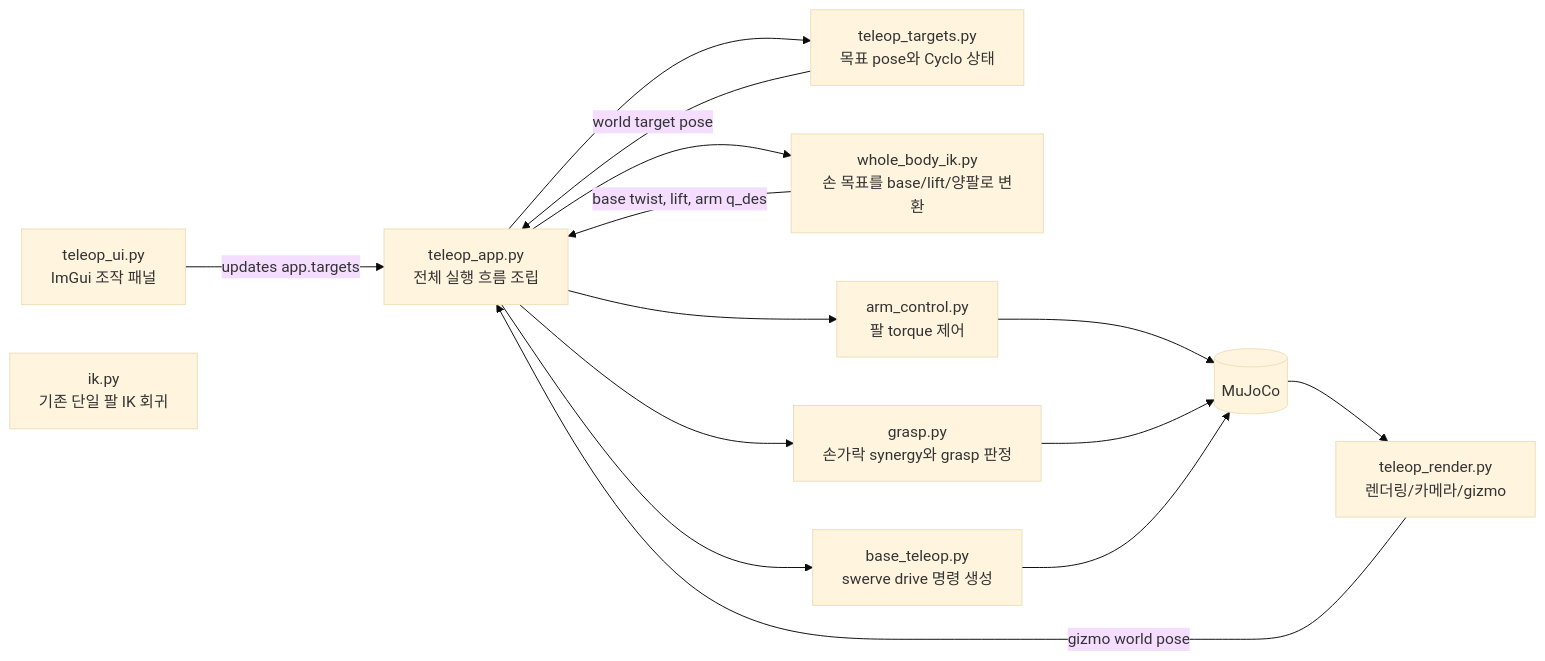
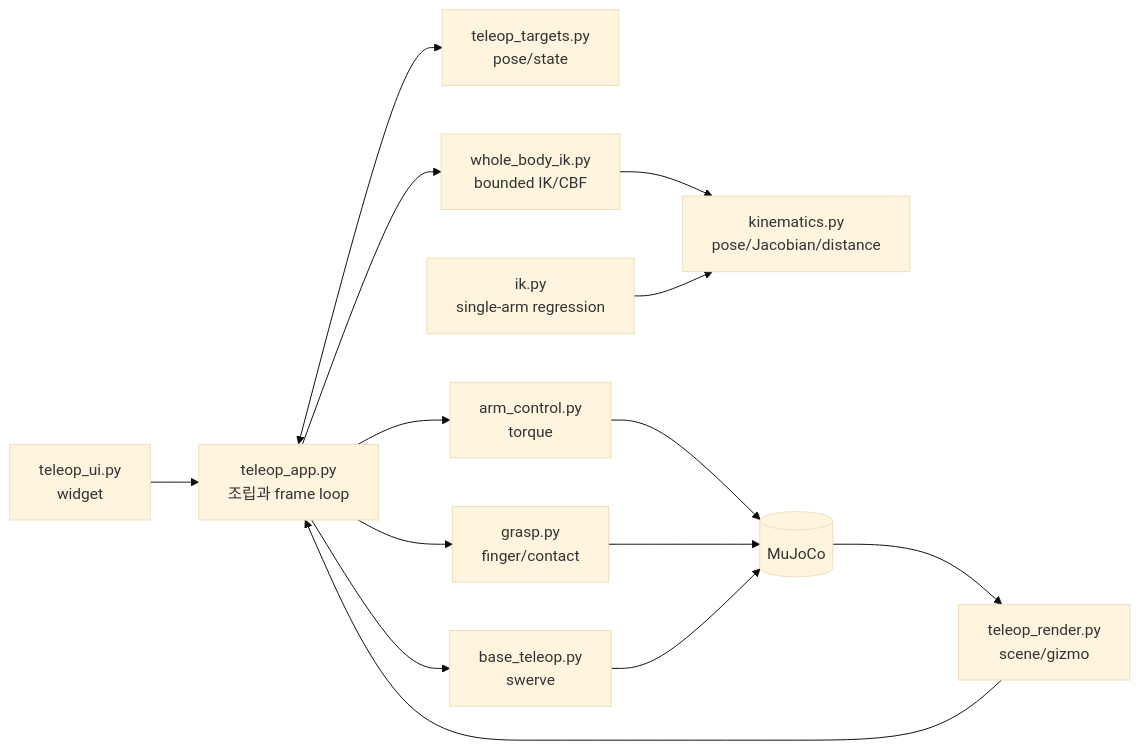
One commit to ggh-png/ffw-sh5-grasp changed the diagram in docs/guide/index.md. Above: the diagram before and after it, drawn with Mermaid (base theme). The commit also changed other lines of this file and 18 other files, not shown here.

````diff
--- a/docs/guide/index.md
+++ b/docs/guide/index.md
@@ -9,27 +44,28 @@
 ```mermaid
 graph LR
-    APP["teleop_app.py<br>전체 실행 흐름 조립"]
-    UI["teleop_ui.py<br>ImGui 조작 패널"]
-    RENDER["teleop_render.py<br>렌더링/카메라/gizmo"]
-    TARGETS["teleop_targets.py<br>목표 pose와 Cyclo 상태"]
-    IK["whole_body_ik.py<br>손 목표를 base/lift/양팔로 변환"]
-    LEGACY["ik.py<br>기존 단일 팔 IK 회귀"]
-    ARM["arm_control.py<br>팔 torque 제어"]
-    GRASP["grasp.py<br>손가락 synergy와 grasp 판정"]
-    BASE["base_teleop.py<br>swerve drive 명령 생성"]
+    APP["teleop_app.py<br>조립과 frame loop"]
+    UI["teleop_ui.py<br>widget"]
+    RENDER["teleop_render.py<br>scene/gizmo"]
+    TARGETS["teleop_targets.py<br>pose/state"]
+    KIN["kinematics.py<br>pose/Jacobian/distance"]
+    WBIK["whole_body_ik.py<br>bounded IK/CBF"]
+    LEGACY["ik.py<br>single-arm regression"]
+    ARM["arm_control.py<br>torque"]
+    GRASP["grasp.py<br>finger/contact"]
+    BASE["base_teleop.py<br>swerve"]
     PHYS[(MuJoCo)]
 
-    UI -->|updates app.targets| APP
-    RENDER -->|gizmo world pose| APP
-    APP --> TARGETS
-    TARGETS -->|world target pose| APP
-    APP --> IK
-    IK -->|base twist, lift, arm q_des| APP
+    UI --> APP
+    RENDER --> APP
+    APP <--> TARGETS
+    APP --> WBIK
+    WBIK --> KIN
+    LEGACY --> KIN
     APP --> ARM
     APP --> GRASP
     APP --> BASE
     ARM --> PHYS
     GRASP --> PHYS
     BASE --> PHYS
     PHYS --> RENDER
 ```
````
